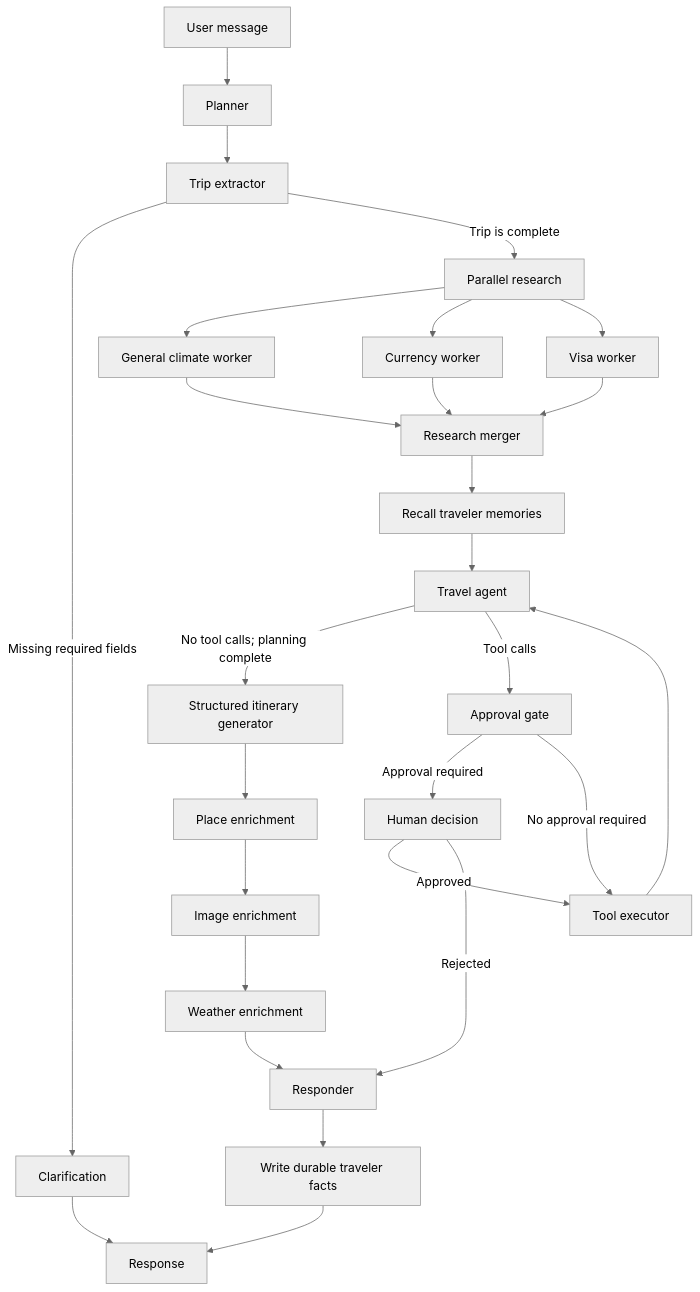
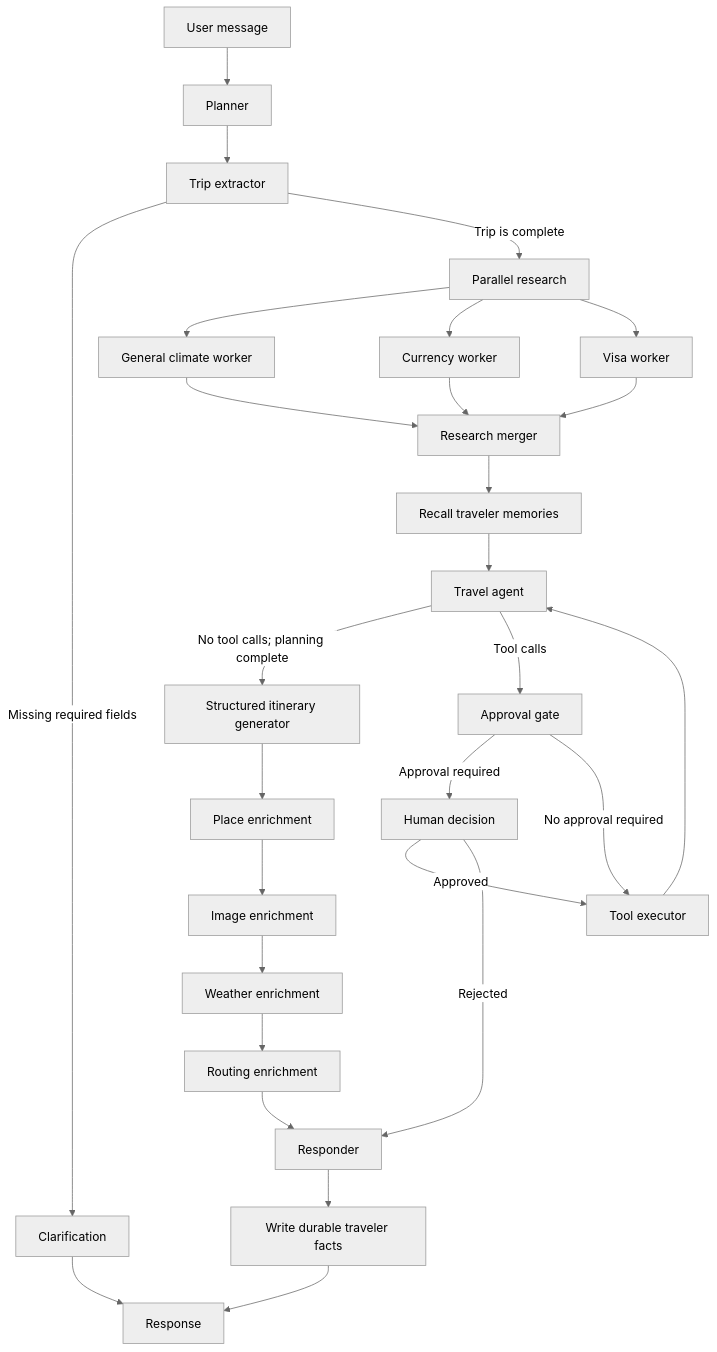
One commit to NaimurRahmannn/TravelAI-Agent-v2-LangGraph changed the diagram in README.md. Above: the diagram before and after it, drawn with Mermaid (neutral theme). The commit also changed other lines of this file and 24 other files, not shown here.

````diff
--- a/README.md
+++ b/README.md
@@ -58,29 +59,30 @@
 ```mermaid
 flowchart TD
     A[User message] --> B[Planner]
     B --> C[Trip extractor]
     C -->|Missing required fields| D[Clarification]
     C -->|Trip is complete| E[Parallel research]
     E --> E1[General climate worker]
     E --> E2[Currency worker]
     E --> E3[Visa worker]
     E1 --> F[Research merger]
     E2 --> F
     E3 --> F
     F --> N[Recall traveler memories]
     N --> G[Travel agent]
     G -->|No tool calls; planning complete| P[Structured itinerary generator]
     G -->|Tool calls| I[Approval gate]
     I -->|Approval required| J[Human decision]
     I -->|No approval required| K[Tool executor]
     J -->|Approved| K
     J -->|Rejected| L[Responder]
     K --> G
     P --> Q[Place enrichment]
     Q --> R[Image enrichment]
     R --> W[Weather enrichment]
-    W --> L
+    W --> T[Routing enrichment]
+    T --> L
     D --> M[Response]
     L --> O[Write durable traveler facts]
     O --> M
 ```
````
